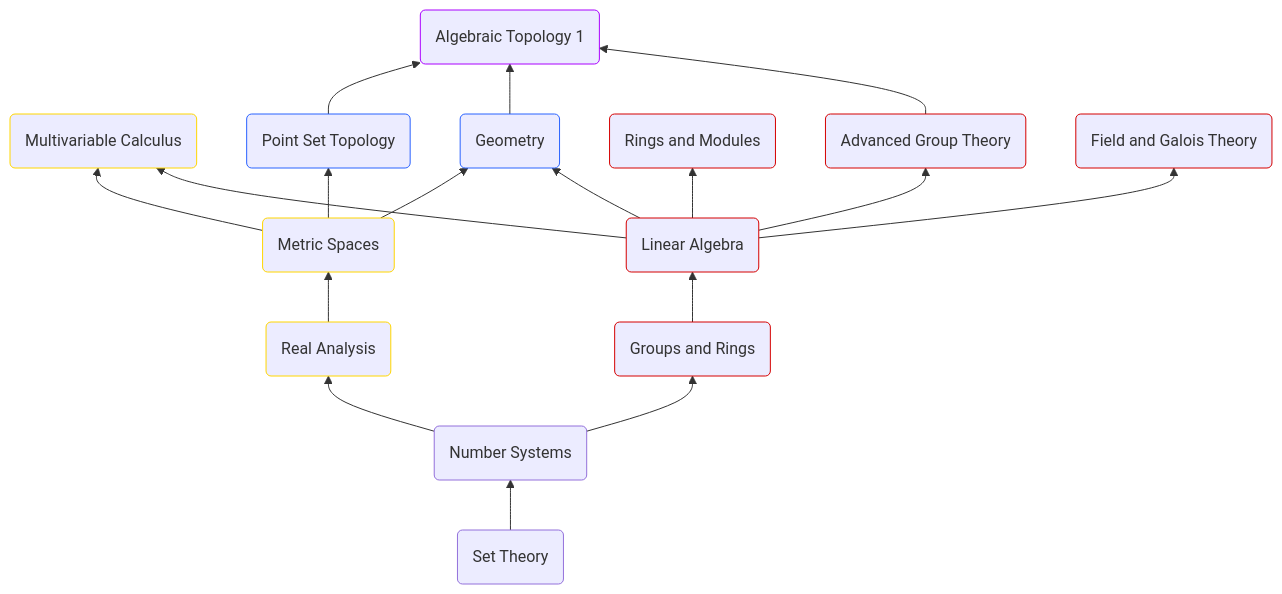
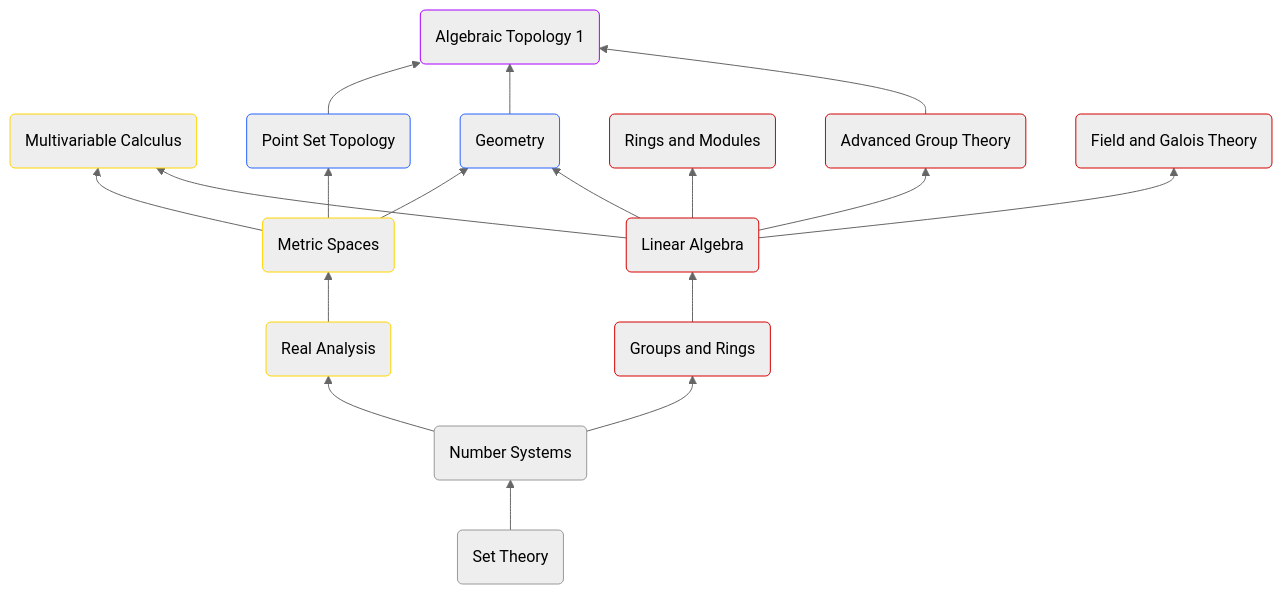
The diagram in README.md (Labix-Liu/Notes), drawn with Mermaid before and after one commit.

````diff
--- a/README.md
+++ b/README.md
@@ -1,32 +1,36 @@
 ```mermaid
+---
+config:
+  theme: neutral
+---
 flowchart BT
     A("Set Theory") --> B("Number Systems")
     B --> C("Real Analysis") & D("Groups and Rings")
     C --> E("Metric Spaces")
     D --> F("Linear Algebra")
     E --> G("Multivariable Calculus") & H("Point Set Topology") & I("Geometry")
     F --> G & I & J("Rings and Modules") & K("Advanced Group Theory") & L("Field and Galois Theory")
     H --> M("Algebraic Topology 1")
     I --> M
     K --> M
      C:::Analysis
      D:::Algebra
      E:::Analysis
      F:::Algebra
      G:::Analysis
      H:::Class_01
      H:::TopologyGeometry
      H:::TopGeo
      I:::Class_01
      I:::TopologyGeometry
      I:::TopGeo
      J:::Algebra
      K:::Algebra
      L:::Algebra
      M:::AlgTopGeo
     classDef Algebra stroke:#D50000
     classDef AlgTopGeo stroke:#AA00FF
     classDef TopGeo stroke:#2962FF
     classDef Analysis stroke:#FFD600
 
 ```
````
